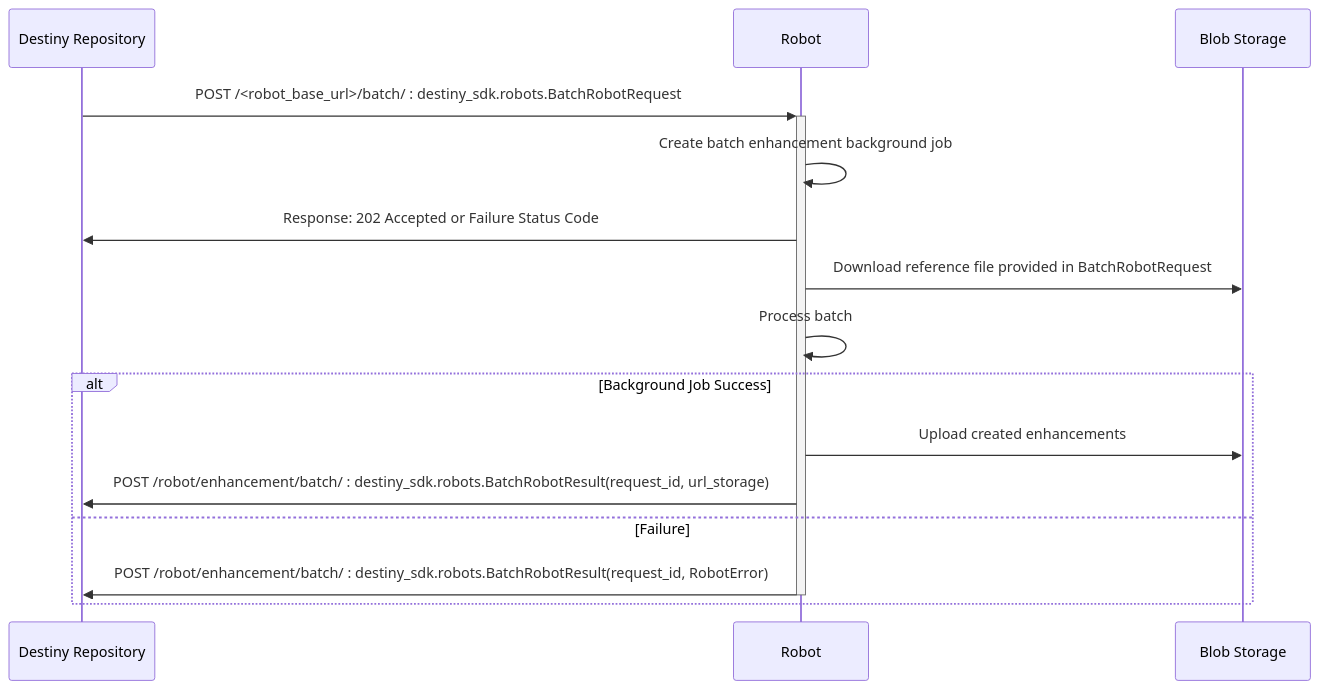
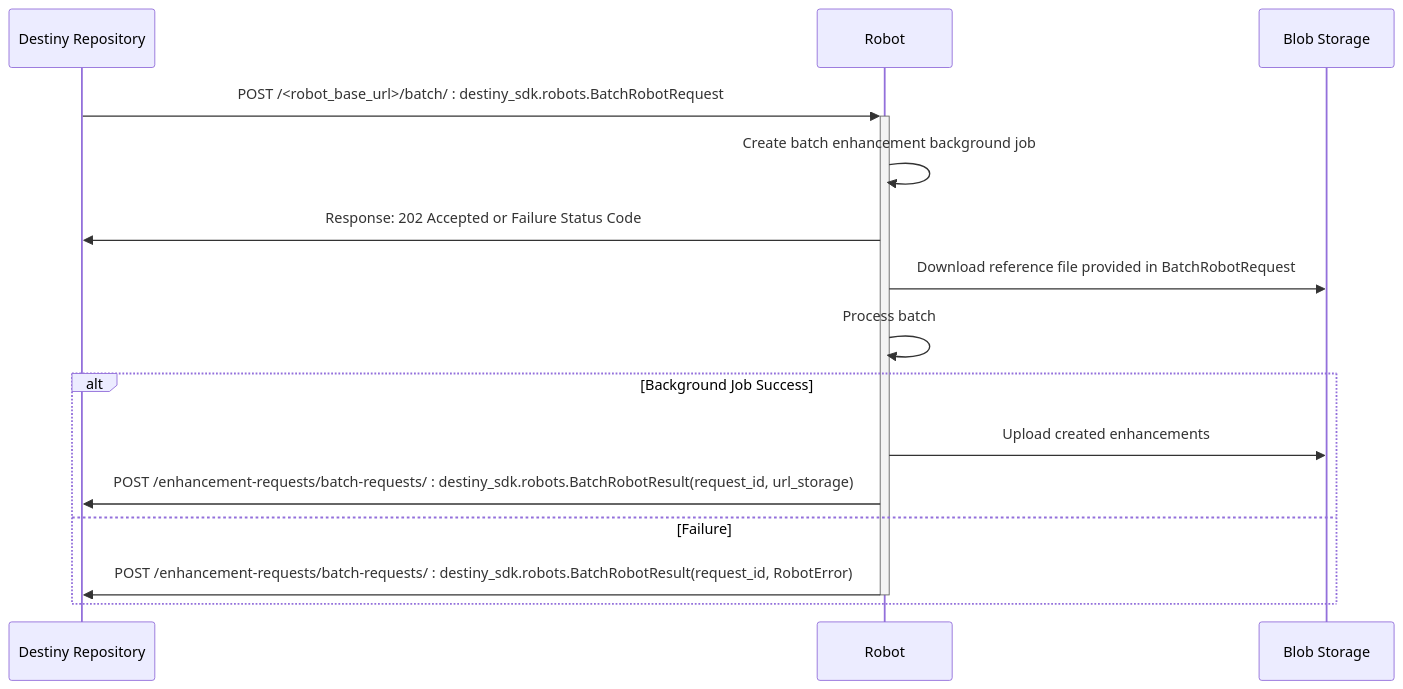
Before and after one commit to destiny-evidence/fetch-abstracts-robot: the second of 2 diagrams in README.md, drawn with Mermaid. The commit also changed other lines of this file and 2 other files, not shown here.

Commit message:
upgrade destiny sdk to v0.2 (#18)
* upgrade destiny sdk to v0.2

* fix linting

* fixed readme api urls

````diff
--- a/README.md
+++ b/README.md
@@ -71,17 +71,17 @@
 ```mermaid
     sequenceDiagram
         participant Destiny Repository
         participant Robot
         participant Blob Storage
         Destiny Repository->>+Robot: POST /<robot_base_url>/batch/ : destiny_sdk.robots.BatchRobotRequest
         Robot->>Robot: Create batch enhancement background job
         Robot->>Destiny Repository: Response: 202 Accepted or Failure Status Code
         Robot->>Blob Storage: Download reference file provided in BatchRobotRequest
         Robot->>Robot: Process batch
         alt Background Job Success
             Robot->>Blob Storage: Upload created enhancements
-            Robot->>Destiny Repository: POST /robot/enhancement/batch/ : destiny_sdk.robots.BatchRobotResult(request_id, url_storage)
+            Robot->>Destiny Repository: POST /enhancement-requests/batch-requests/ : destiny_sdk.robots.BatchRobotResult(request_id, url_storage)
         else Failure
-            Robot->>-Destiny Repository: POST /robot/enhancement/batch/ : destiny_sdk.robots.BatchRobotResult(request_id, RobotError)
+            Robot->>-Destiny Repository: POST /enhancement-requests/batch-requests/ : destiny_sdk.robots.BatchRobotResult(request_id, RobotError)
         end
 ```
````
